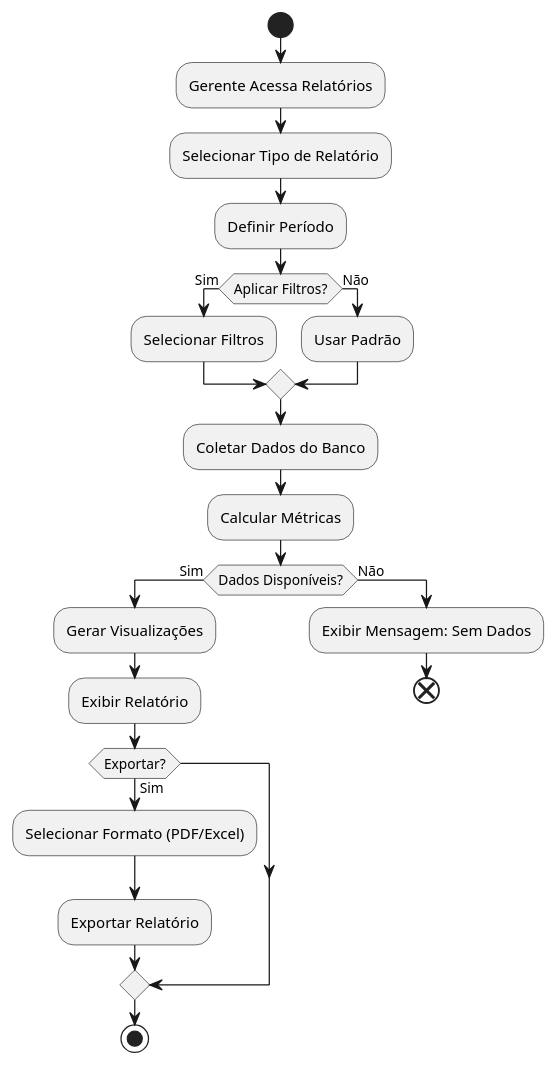
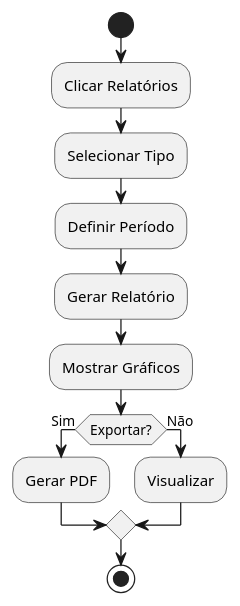
Before and after one commit to juliaovidio/Desenvolvimento-de-Sistemas-M-veis: the seventh of 10 diagrams in docs/documentacao_casoUso.md, drawn with PlantUML. The commit also changed other lines of this file, not shown here.

````diff
--- a/docs/documentacao_casoUso.md
+++ b/docs/documentacao_casoUso.md
@@ -340,27 +326,16 @@
 ```plantuml
-@startuml UC07_Gerar_Relatorio
+@startuml UC07
 start
-:Gerente Acessa Relatórios;
-:Selecionar Tipo de Relatório;
+:Clicar Relatórios;
+:Selecionar Tipo;
 :Definir Período;
-if (Aplicar Filtros?) then (Sim)
-  :Selecionar Filtros;
+:Gerar Relatório;
+:Mostrar Gráficos;
+if (Exportar?) then (Sim)
+  :Gerar PDF;
 else (Não)
-  :Usar Padrão;
+  :Visualizar;
 endif
-:Coletar Dados do Banco;
-:Calcular Métricas;
-if (Dados Disponíveis?) then (Sim)
-  :Gerar Visualizações;
-  :Exibir Relatório;
-  if (Exportar?) then (Sim)
-    :Selecionar Formato (PDF/Excel);
-    :Exportar Relatório;
-  endif
-  stop
-else (Não)
-  :Exibir Mensagem: Sem Dados;
-  end
-endif
+stop
 @enduml
 ```
````
